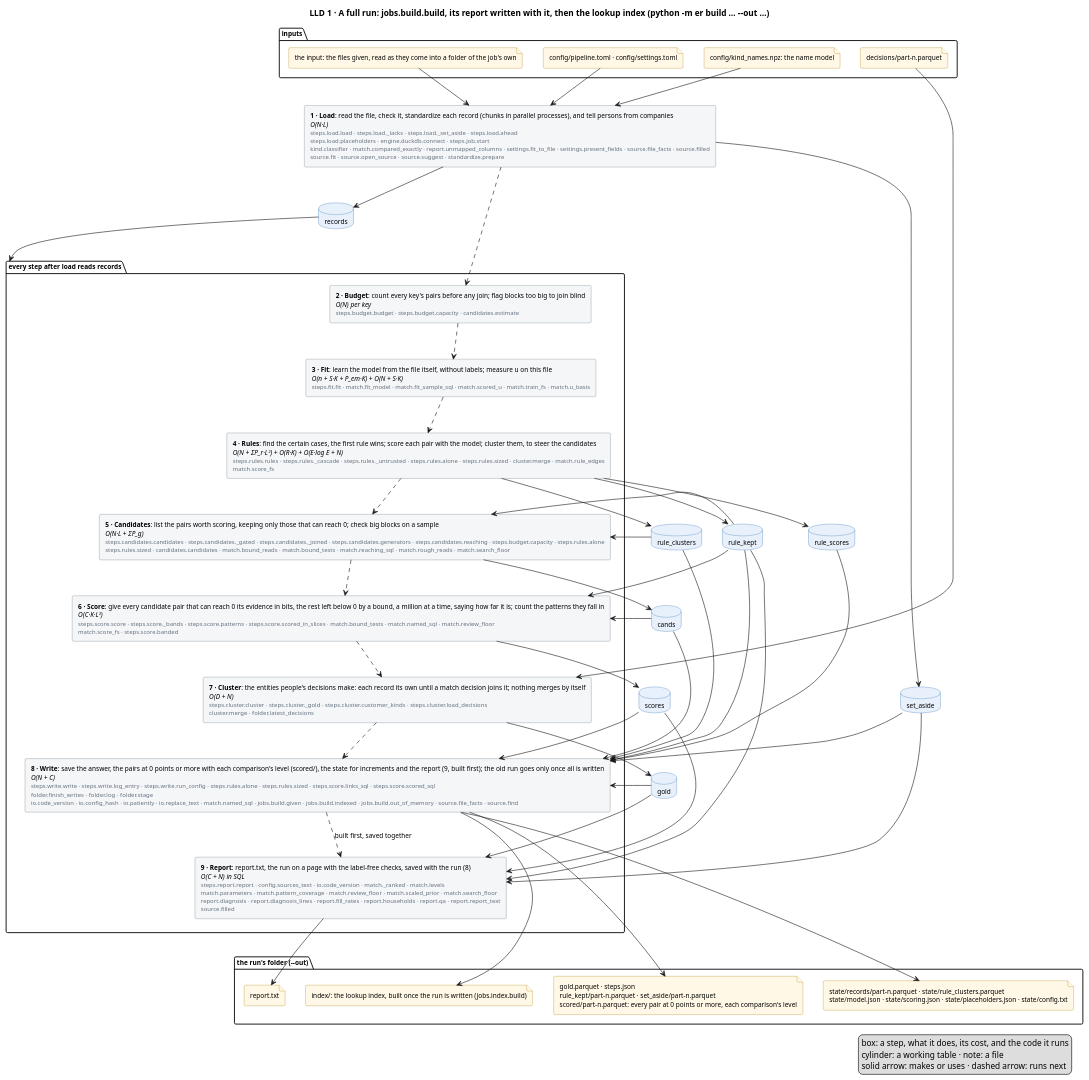
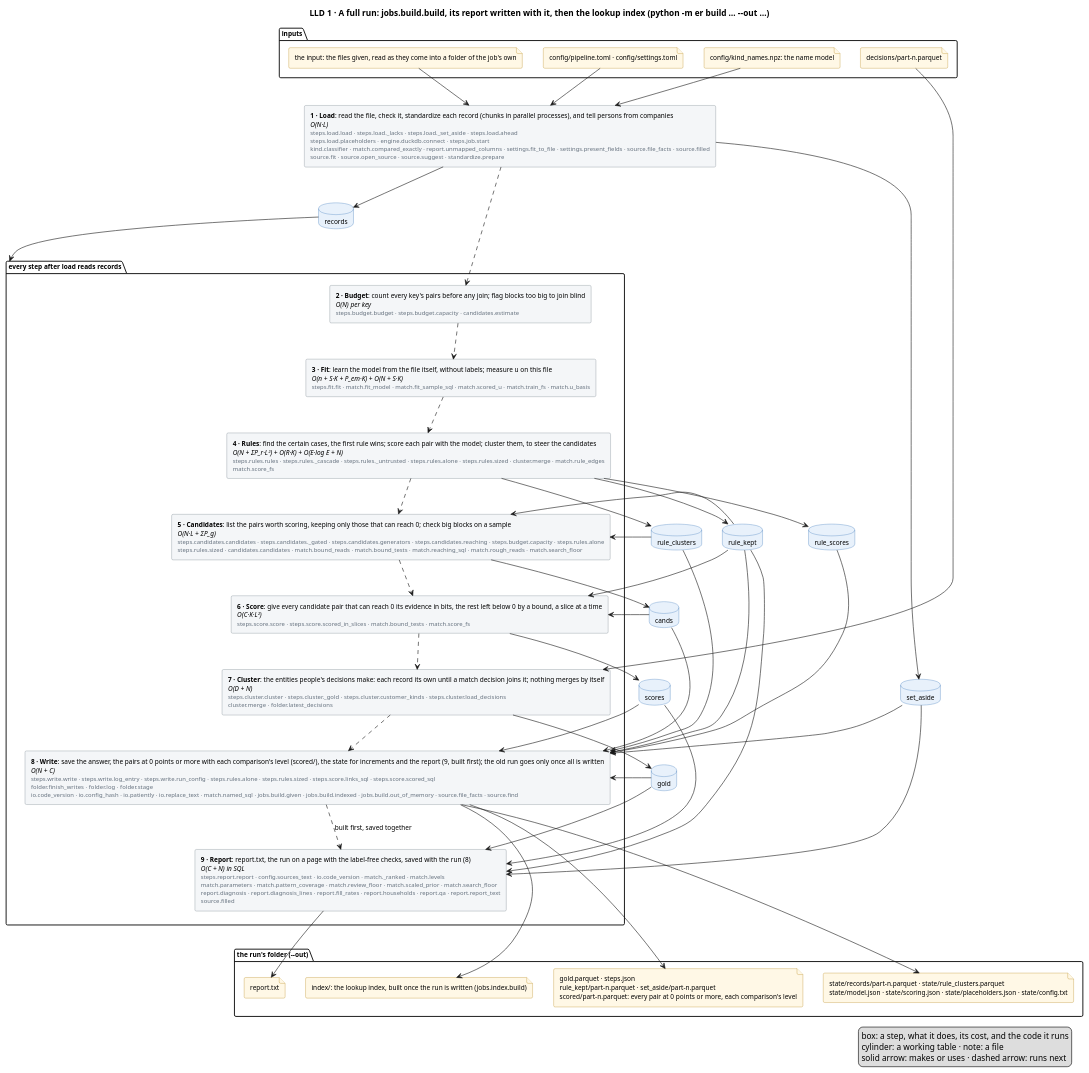
Before and after one commit to mvsbm/entity_matching: the diagram in docs/diagrams/full-run.puml, drawn with PlantUML. The commit also changed 29 other files, not shown here.

First line of the commit message:
Work nobody reads goes: the progress callback no job passes, the steps' facts no reader reads, the u cache that can't hit within a build, the listing's per-key estimates, the intake's re-reading and second hash, and the string functions' timing. Results identical.

```diff
--- a/docs/diagrams/full-run.puml
+++ b/docs/diagrams/full-run.puml
@@ -1,100 +1,100 @@
 @startuml full-run
 title LLD 1 · A full run: jobs.build.build, its report written with it, then the lookup index (python -m er build … ~--out …)
 skinparam defaultFontSize 11
 skinparam rectangle {
   BackgroundColor #F4F6F8
   BorderColor #65717E
 }
 skinparam database {
   BackgroundColor #E8F1FB
   BorderColor #2C6DB3
 }
 skinparam file {
   BackgroundColor #FFF8E6
   BorderColor #B07D00
 }
 
 package "inputs" {
   file "the input: the files given, read as they come into a folder of the job's own" as f_input
   file "config/pipeline.toml · config/settings.toml" as f_config
   file "config/kind_names.npz: the name model" as f_names
   file "decisions/part-n.parquet" as f_decisions
 }
 
 
 rectangle "<b>1 · Load</b>: read the file, check it, standardize each record (chunks in parallel processes), and tell persons from companies\n<i>O(N·L)</i>\n<size:10><color:#65717E>steps.load.load · steps.load._lacks · steps.load._set_aside · steps.load.ahead</color></size>\n<size:10><color:#65717E>steps.load.placeholders · engine.duckdb.connect · steps.job.start</color></size>\n<size:10><color:#65717E>kind.classifier · match.compared_exactly · report.unmapped_columns · settings.fit_to_file · settings.present_fields · source.file_facts · source.filled</color></size>\n<size:10><color:#65717E>source.fit · source.open_source · source.suggest · standardize.prepare</color></size>" as load
 package "every step after load reads records" as after_load {
   rectangle "<b>2 · Budget</b>: count every key's pairs before any join; flag blocks too big to join blind\n<i>O(N) per key</i>\n<size:10><color:#65717E>steps.budget.budget · steps.budget.capacity · candidates.estimate</color></size>" as budget
   rectangle "<b>3 · Fit</b>: learn the model from the file itself, without labels; measure u on this file\n<i>O(n + S·K + P_em·K) + O(N + S·K)</i>\n<size:10><color:#65717E>steps.fit.fit · match.fit_model · match.fit_sample_sql · match.scored_u · match.train_fs · match.u_basis</color></size>" as fit
   rectangle "<b>4 · Rules</b>: find the certain cases, the first rule wins; score each pair with the model; cluster them, to steer the candidates\n<i>O(N + ΣP_r·L²) + O(R·K) + O(E·log E + N)</i>\n<size:10><color:#65717E>steps.rules.rules · steps.rules._cascade · steps.rules._untrusted · steps.rules.alone · steps.rules.sized · cluster.merge · match.rule_edges</color></size>\n<size:10><color:#65717E>match.score_fs</color></size>" as rules
-  rectangle "<b>5 · Candidates</b>: list the pairs worth scoring, keeping only those that can reach 0; check big blocks on a sample\n<i>O(N·L + ΣP_g)</i>\n<size:10><color:#65717E>steps.candidates.candidates · steps.candidates._gated · steps.candidates._joined · steps.candidates.generators · steps.candidates.reaching · steps.budget.capacity · steps.rules.alone</color></size>\n<size:10><color:#65717E>steps.rules.sized · candidates.candidates · match.bound_reads · match.bound_tests · match.reaching_sql · match.rough_reads · match.search_floor</color></size>" as candidates
-  rectangle "<b>6 · Score</b>: give every candidate pair that can reach 0 its evidence in bits, the rest left below 0 by a bound, a million at a time, saying how far it is; count the patterns they fall in\n<i>O(C·K·L²)</i>\n<size:10><color:#65717E>steps.score.score · steps.score._bands · steps.score.patterns · steps.score.scored_in_slices · match.bound_tests · match.named_sql · match.review_floor</color></size>\n<size:10><color:#65717E>match.score_fs · steps.score.banded</color></size>" as score
+  rectangle "<b>5 · Candidates</b>: list the pairs worth scoring, keeping only those that can reach 0; check big blocks on a sample\n<i>O(N·L + ΣP_g)</i>\n<size:10><color:#65717E>steps.candidates.candidates · steps.candidates._gated · steps.candidates.generators · steps.candidates.reaching · steps.budget.capacity · steps.rules.alone</color></size>\n<size:10><color:#65717E>steps.rules.sized · candidates.candidates · match.bound_reads · match.bound_tests · match.reaching_sql · match.rough_reads · match.search_floor</color></size>" as candidates
+  rectangle "<b>6 · Score</b>: give every candidate pair that can reach 0 its evidence in bits, the rest left below 0 by a bound, a slice at a time\n<i>O(C·K·L²)</i>\n<size:10><color:#65717E>steps.score.score · steps.score.scored_in_slices · match.bound_tests · match.score_fs</color></size>" as score
   rectangle "<b>7 · Cluster</b>: the entities people's decisions make: each record its own until a match decision joins it; nothing merges by itself\n<i>O(D + N)</i>\n<size:10><color:#65717E>steps.cluster.cluster · steps.cluster._gold · steps.cluster.customer_kinds · steps.cluster.load_decisions</color></size>\n<size:10><color:#65717E>cluster.merge · folder.latest_decisions</color></size>" as cluster
   rectangle "<b>8 · Write</b>: save the answer, the pairs at 0 points or more with each comparison's level (scored/), the state for increments and the report (9, built first); the old run goes only once all is written\n<i>O(N + C)</i>\n<size:10><color:#65717E>steps.write.write · steps.write.log_entry · steps.write.run_config · steps.rules.alone · steps.rules.sized · steps.score.links_sql · steps.score.scored_sql</color></size>\n<size:10><color:#65717E>folder.finish_writes · folder.log · folder.stage</color></size>\n<size:10><color:#65717E>io.code_version · io.config_hash · io.patiently · io.replace_text · match.named_sql · jobs.build.given · jobs.build.indexed · jobs.build.out_of_memory · source.file_facts · source.find</color></size>" as write
   rectangle "<b>9 · Report</b>: report.txt, the run on a page with the label-free checks, saved with the run (8)\n<i>O(C + N) in SQL</i>\n<size:10><color:#65717E>steps.report.report · config.sources_text · io.code_version · match._ranked · match.levels</color></size>\n<size:10><color:#65717E>match.parameters · match.pattern_coverage · match.review_floor · match.scaled_prior · match.search_floor</color></size>\n<size:10><color:#65717E>report.diagnosis · report.diagnosis_lines · report.fill_rates · report.households · report.qa · report.report_text</color></size>\n<size:10><color:#65717E>source.filled</color></size>" as report
 }
 database "records" as records
 database "set_aside" as set_aside
 database "rule_clusters" as rule_clusters
 database "rule_kept" as rule_kept
 database "cands" as cands
 database "scores" as scores
 database "rule_scores" as rule_scores
 database "gold" as gold
 
 package "the run's folder (~--out)" {
   file "gold.parquet · steps.json\nrule_kept/part-n.parquet · set_aside/part-n.parquet\nscored/part-n.parquet: every pair at 0 points or more, each comparison's level" as f_out
   file "state/records/part-n.parquet · state/rule_clusters.parquet\nstate/model.json · state/scoring.json · state/placeholders.json · state/config.txt" as f_state
   file "report.txt" as f_people
   file "index/: the lookup index, built once the run is written (jobs.index.build)" as f_index
 }
 
 f_input --> load
 f_config --> load
 f_names --> load
 f_decisions --> cluster
 
 load ..> budget
 budget ..> fit
 fit ..> rules
 rules ..> candidates
 candidates ..> score
 score ..> cluster
 cluster ..> write
 write ..> report : built first, saved together
 
 load --> records
 load --> set_aside
 records --> after_load
 rules --> rule_clusters
 rules --> rule_kept
 rules --> rule_scores
 rule_scores --> write
 cands --> write
 scores --> write
 rule_clusters --> candidates
 rule_clusters --> write
 rule_kept --> write
 rule_kept --> candidates
 rule_kept --> score
 rule_kept --> report
 candidates --> cands
 cands --> score
 score --> scores
 scores --> report
 cluster --> gold
 gold --> write
 gold --> report
 set_aside --> write
 set_aside --> report
 
 write --> f_out
 write --> f_state
 write --> f_index
 report --> f_people
 legend right
   box: a step, what it does, its cost, and the code it runs
   cylinder: a working table · note: a file
   solid arrow: makes or uses · dashed arrow: runs next
 endlegend
 @enduml
```
